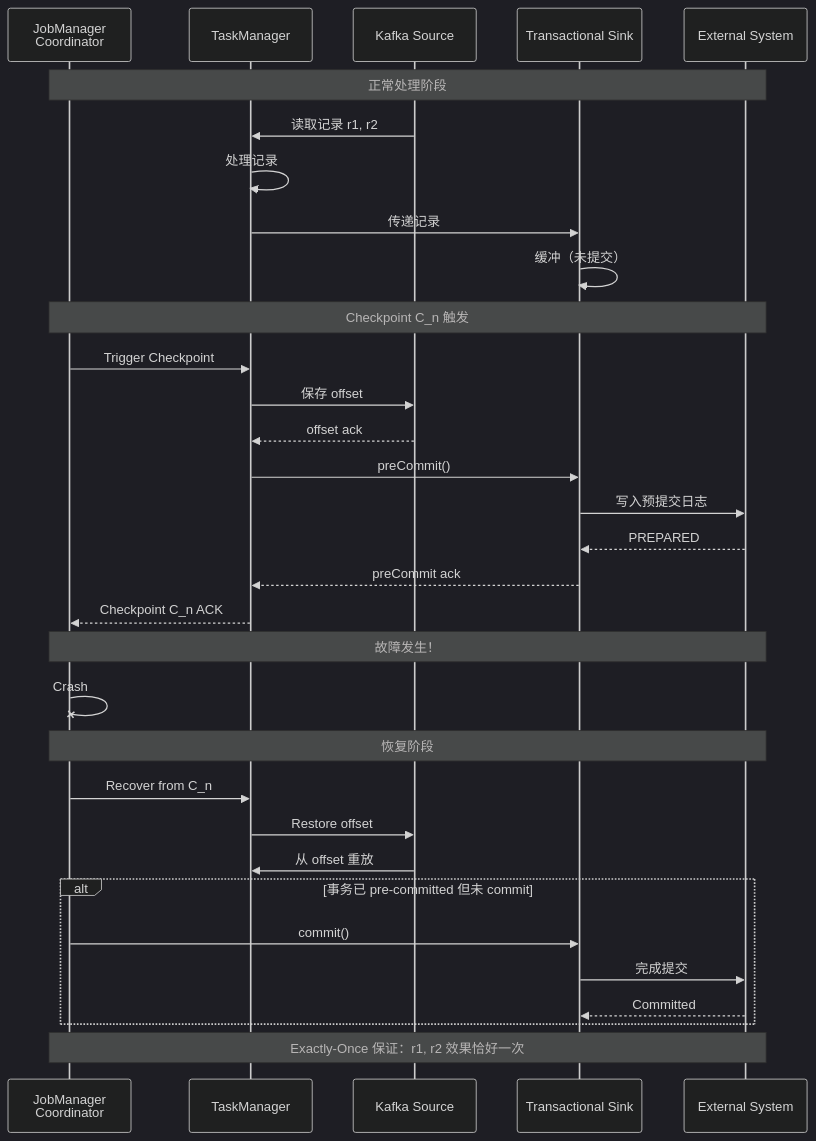
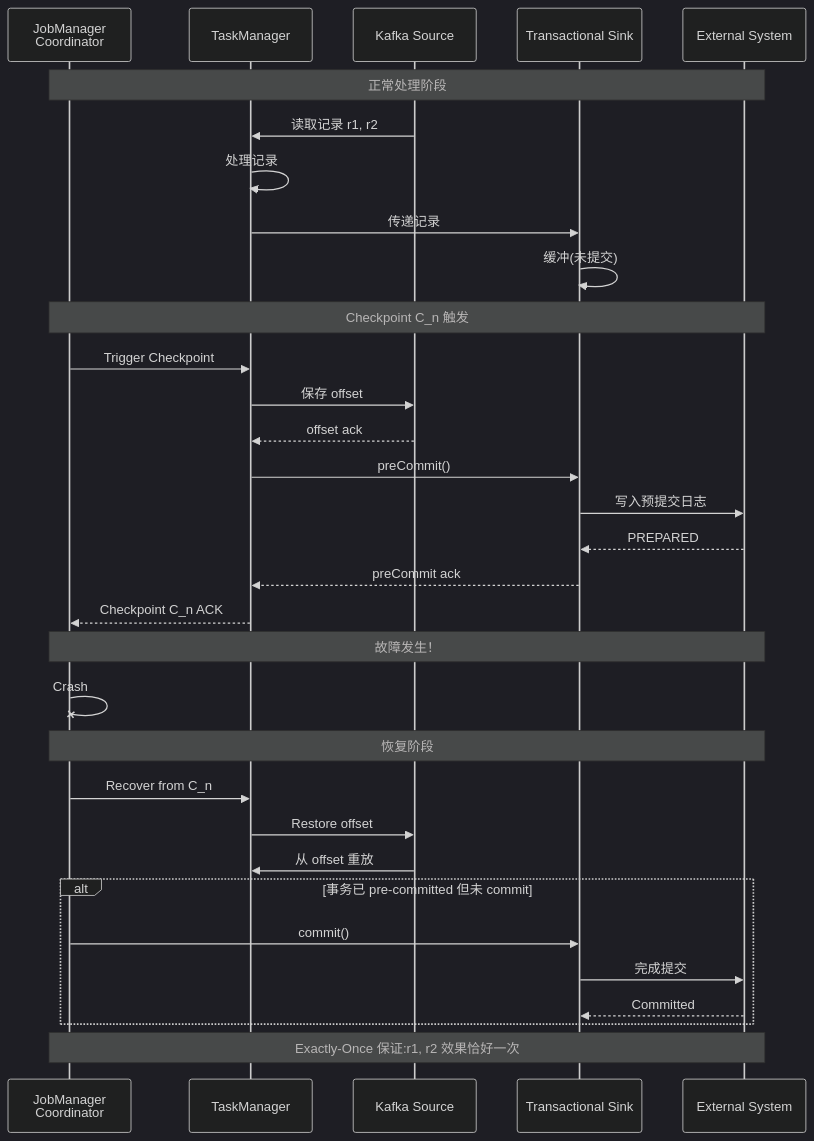
One commit to AdaMartin18010/AnalysisDataFlow changed the fourth of 4 diagrams in Struct/04-proofs/04.02-flink-exactly-once-correctness.md. Above: the diagram before and after it, drawn with Mermaid (dark theme). The commit also changed other lines of this file and 634 other files, not shown here.

````diff
--- a/Struct/04-proofs/04.02-flink-exactly-once-correctness.md
+++ b/Struct/04-proofs/04.02-flink-exactly-once-correctness.md
@@ -679,44 +679,44 @@
 ```mermaid
 sequenceDiagram
     participant JM as JobManager<br/>Coordinator
     participant TM as TaskManager
     participant Src as Kafka Source
     participant Sink as Transactional Sink
     participant Ext as External System
 
     Note over JM,Ext: 正常处理阶段
 
     Src->>TM: 读取记录 r1, r2
     TM->>TM: 处理记录
     TM->>Sink: 传递记录
-    Sink->>Sink: 缓冲（未提交）
+    Sink->>Sink: 缓冲(未提交)
 
     Note over JM,Ext: Checkpoint C_n 触发
 
     JM->>TM: Trigger Checkpoint
     TM->>Src: 保存 offset
     Src-->>TM: offset ack
     TM->>Sink: preCommit()
     Sink->>Ext: 写入预提交日志
     Ext-->>Sink: PREPARED
     Sink-->>TM: preCommit ack
     TM-->>JM: Checkpoint C_n ACK
 
     Note over JM,Ext: 故障发生！
 
     JM-xJM: Crash
 
     Note over JM,Ext: 恢复阶段
 
     JM->>TM: Recover from C_n
     TM->>Src: Restore offset
     Src->>TM: 从 offset 重放
 
     alt 事务已 pre-committed 但未 commit
         JM->>Sink: commit()
         Sink->>Ext: 完成提交
         Ext-->>Sink: Committed
     end
 
-    Note over JM,Ext: Exactly-Once 保证：r1, r2 效果恰好一次
+    Note over JM,Ext: Exactly-Once 保证:r1, r2 效果恰好一次
 ```
````
